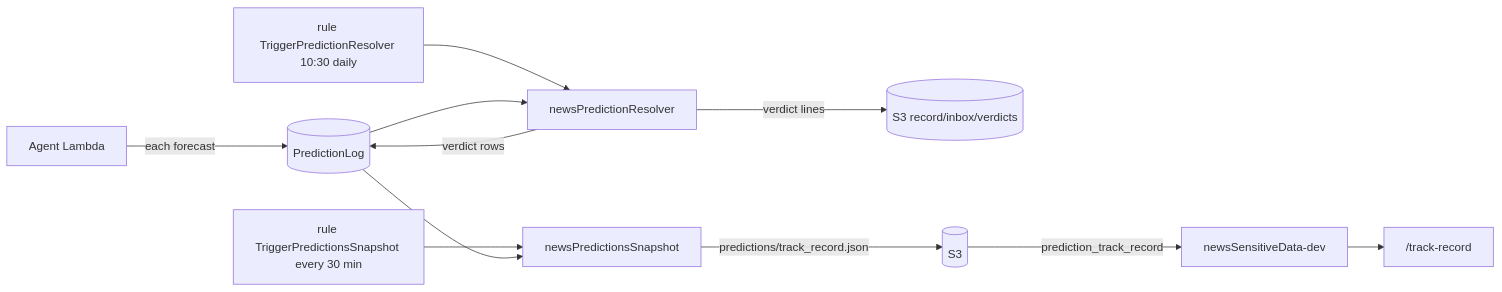
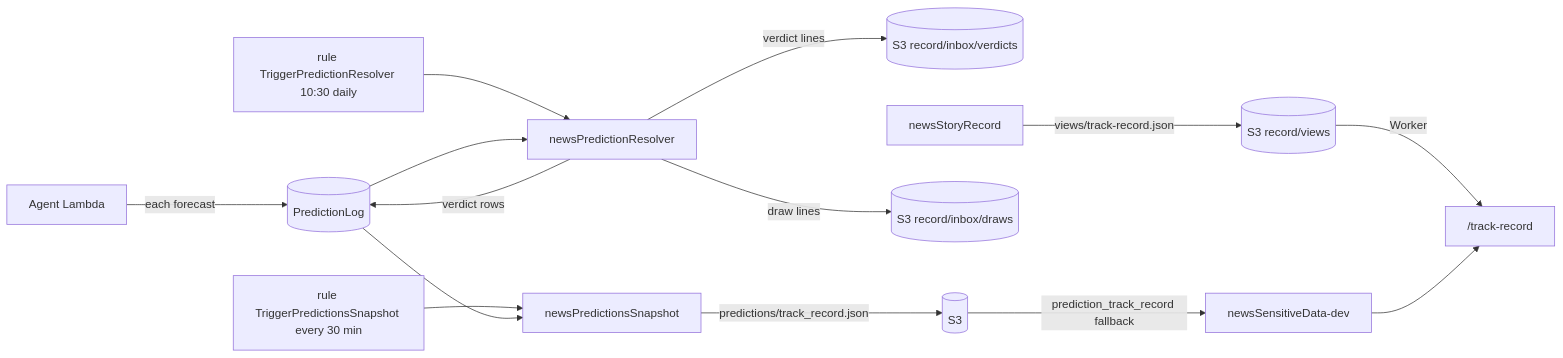
One commit to BenBen05059997/globalPerspective-v1 changed the fifth of 7 diagrams in project-docs/architecture/ARCHITECTURE.md. Above: the diagram before and after it, drawn with Mermaid. The commit also changed other lines of this file and 7 other files, not shown here.

First line of the commit message:
Architecture docs: record from 2026-03-07, all note subtypes and view readers, economy gone from AWS, step 5 scope, board checklist

````diff
--- a/project-docs/architecture/ARCHITECTURE.md
+++ b/project-docs/architecture/ARCHITECTURE.md
@@ -188,13 +188,16 @@
 ```mermaid
 flowchart LR
   ag[Agent Lambda] -->|each forecast| pl[(PredictionLog)]
   r[rule TriggerPredictionResolver 10:30 daily] --> pr[newsPredictionResolver]
   pl --> pr
   pr -->|verdict rows| pl
   pr -->|verdict lines| ib[(S3 record/inbox/verdicts)]
   q[rule TriggerPredictionsSnapshot every 30 min] --> sn[newsPredictionsSnapshot]
   pl --> sn
   sn -->|predictions/track_record.json| s3[(S3)]
-  s3 -->|prediction_track_record| px[newsSensitiveData-dev]
-  px --> tp["/track-record"]
+  pr -->|draw lines| dw[(S3 record/inbox/draws)]
+  sr[newsStoryRecord] -->|views/track-record.json| rv[(S3 record/views)]
+  rv -->|Worker| tp["/track-record"]
+  s3 -->|prediction_track_record fallback| px[newsSensitiveData-dev]
+  px --> tp
 ```
````
